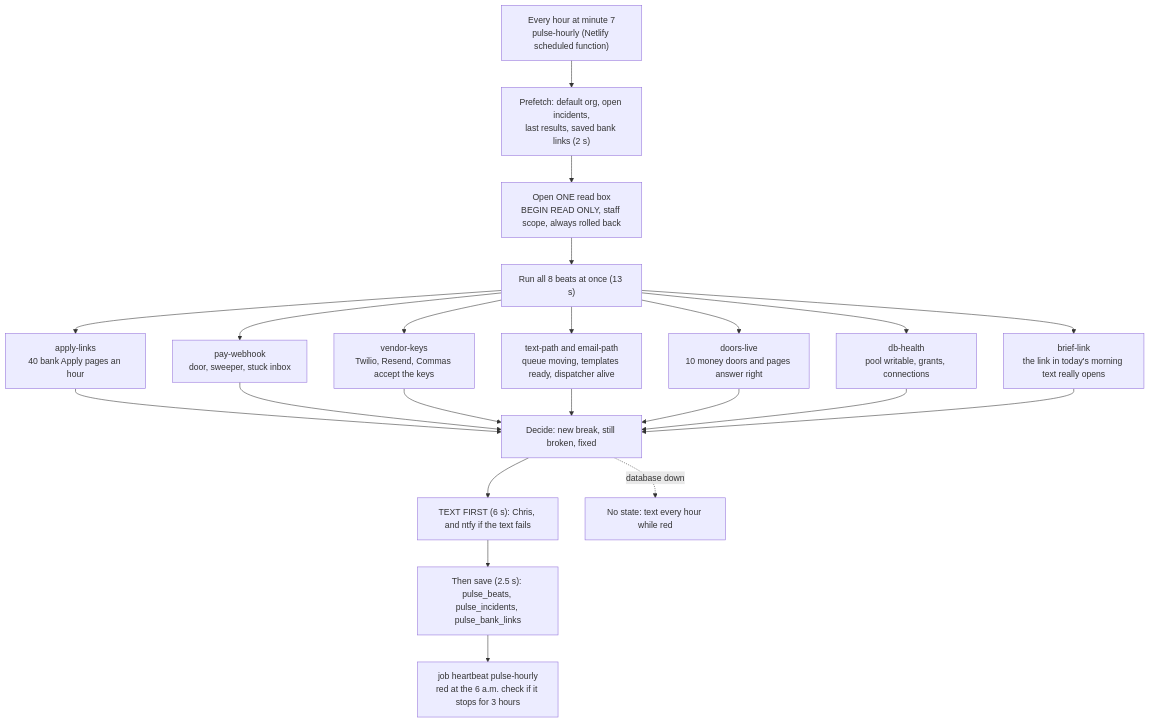
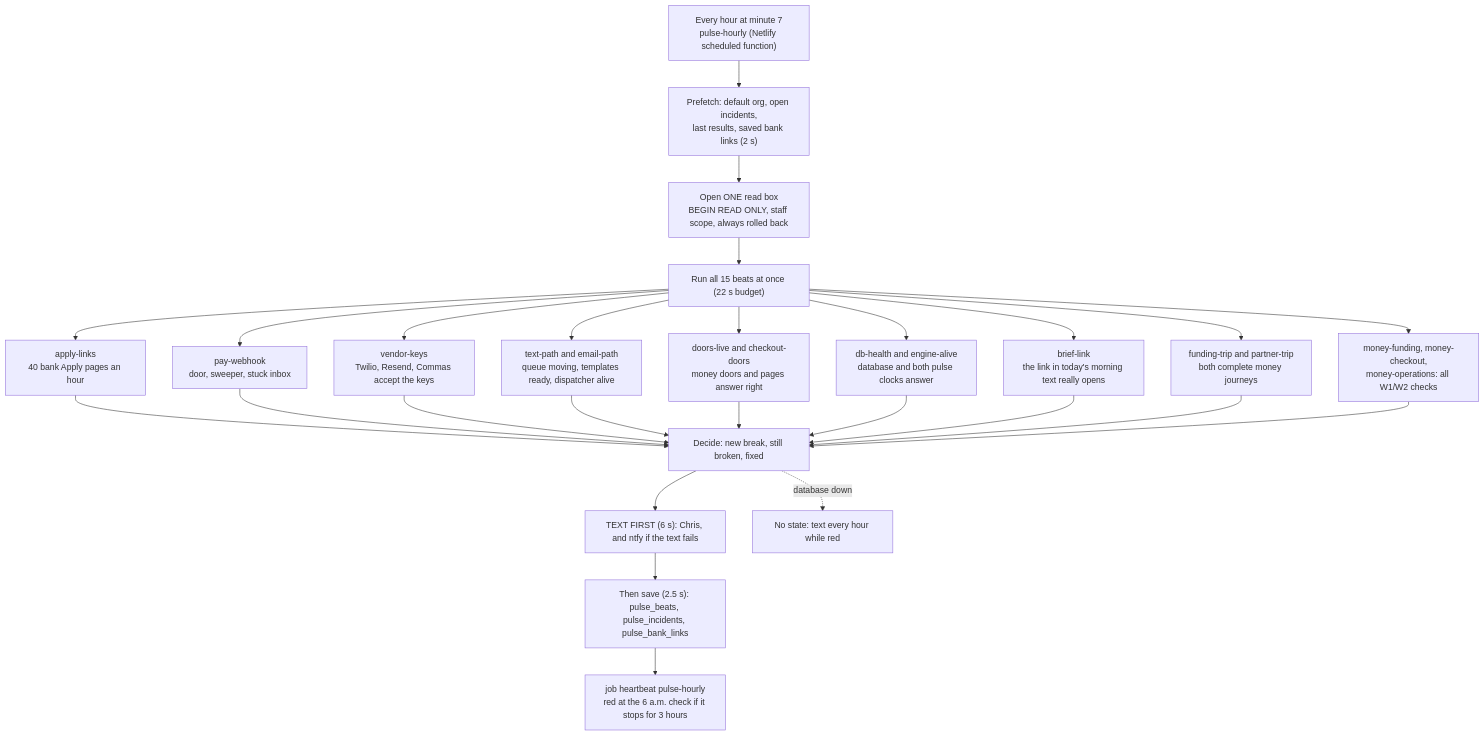
The second of 5 diagrams in docs/journeys/heartbeat-flow.md (ZootimusMaximusSupreme/fundhub-platform), drawn with Mermaid before and after one commit. The commit also changed other lines of this file and 3 other files, not shown here.

````diff
--- a/docs/journeys/heartbeat-flow.md
+++ b/docs/journeys/heartbeat-flow.md
@@ -88,24 +88,28 @@
 ```mermaid
 flowchart TD
     CLOCK["Every hour at minute 7<br/>pulse-hourly (Netlify scheduled function)"] --> PRE["Prefetch: default org, open incidents,<br/>last results, saved bank links (2 s)"]
     PRE --> BOX["Open ONE read box<br/>BEGIN READ ONLY, staff scope, always rolled back"]
-    BOX --> BEATS["Run all 8 beats at once (13 s)"]
+    BOX --> BEATS["Run all 15 beats at once (22 s budget)"]
     BEATS --> B1["apply-links<br/>40 bank Apply pages an hour"]
     BEATS --> B2["pay-webhook<br/>door, sweeper, stuck inbox"]
     BEATS --> B3["vendor-keys<br/>Twilio, Resend, Commas accept the keys"]
     BEATS --> B4["text-path and email-path<br/>queue moving, templates ready, dispatcher alive"]
-    BEATS --> B5["doors-live<br/>10 money doors and pages answer right"]
-    BEATS --> B6["db-health<br/>pool writable, grants, connections"]
+    BEATS --> B5["doors-live and checkout-doors<br/>money doors and pages answer right"]
+    BEATS --> B6["db-health and engine-alive<br/>database and both pulse clocks answer"]
     BEATS --> B7["brief-link<br/>the link in today's morning text really opens"]
+    BEATS --> B8["funding-trip and partner-trip<br/>both complete money journeys"]
+    BEATS --> B9["money-funding, money-checkout,<br/>money-operations: all W1/W2 checks"]
     B1 --> DECIDE["Decide: new break, still broken, fixed"]
     B2 --> DECIDE
     B3 --> DECIDE
     B4 --> DECIDE
     B5 --> DECIDE
     B6 --> DECIDE
     B7 --> DECIDE
+    B8 --> DECIDE
+    B9 --> DECIDE
     DECIDE --> TEXT["TEXT FIRST (6 s): Chris, and ntfy if the text fails"]
     TEXT --> REC["Then save (2.5 s): pulse_beats, pulse_incidents, pulse_bank_links"]
     REC --> BEAT["job heartbeat pulse-hourly<br/>red at the 6 a.m. check if it stops for 3 hours"]
     DECIDE -.->|database down| FALL["No state: text every hour while red"]
 ```
````
